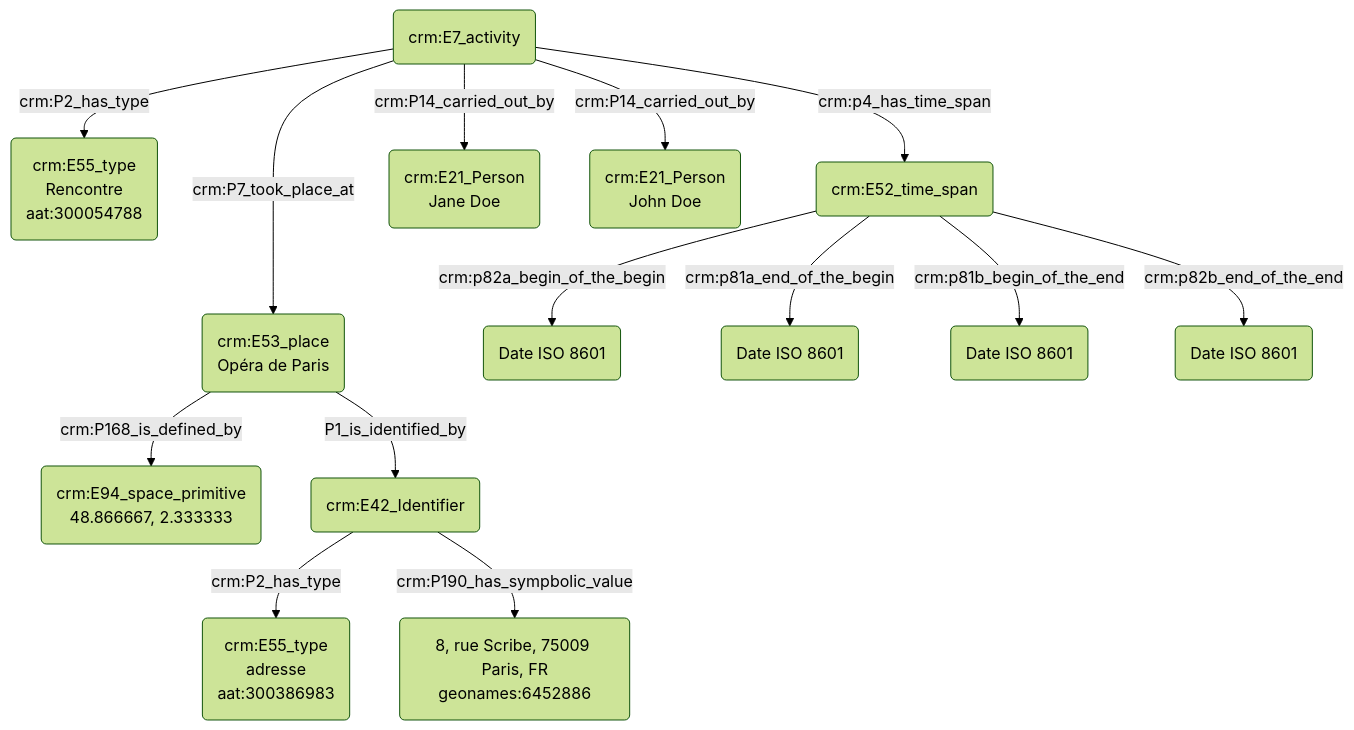
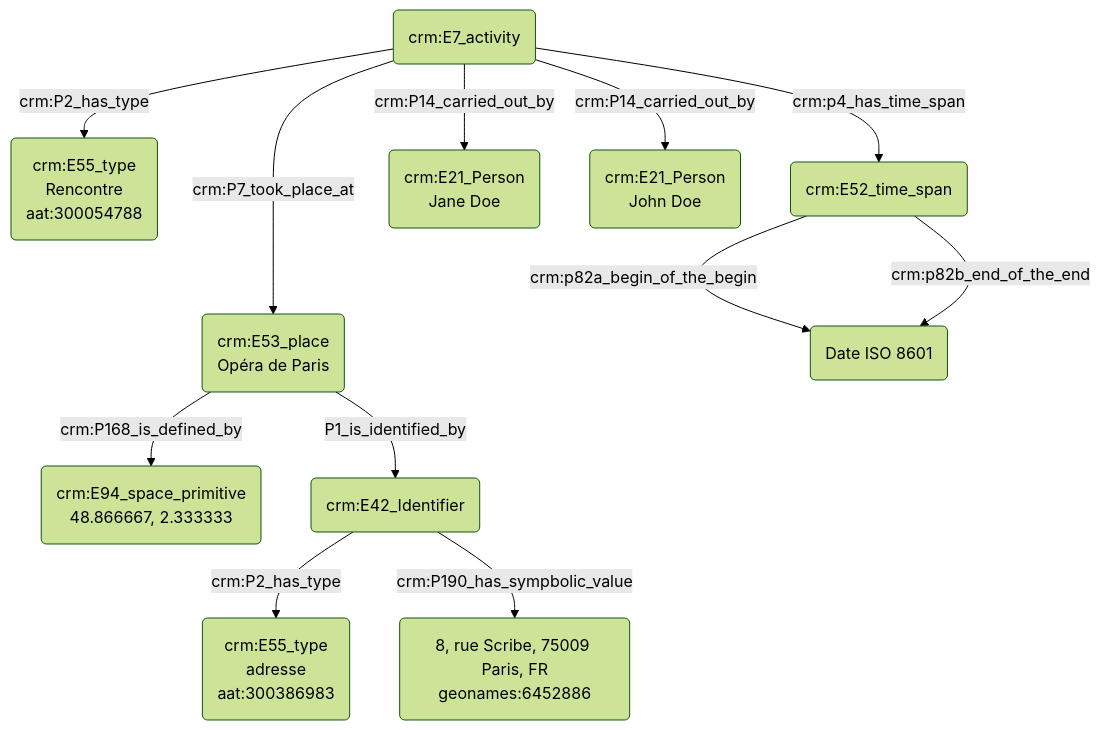
The diagram in modules/livrables/Dossier 2/Prosopographie/rencontre de quelqu'un dans un lieu fréquenté par les deux personnes.md (Amleth/consortium-musica2-gt2-ontologies), drawn with Mermaid (forest theme) before and after one commit.

Commit message:
Update rencontre de quelqu'un dans un lieu fréquenté par les deux personnes.md

````diff
--- a/modules/livrables/Dossier 2/Prosopographie/rencontre de quelqu'un dans un lieu fréquenté par les deux personnes.md
+++ b/modules/livrables/Dossier 2/Prosopographie/rencontre de quelqu'un dans un lieu fréquenté par les deux personnes.md
@@ -11,21 +11,19 @@
 ```mermaid
 graph TD;
 
 K(crm:E7_activity<br>rencontre) --->|crm:P7_took_place_at| M(crm:E53_place<br>Opéra de Paris)
 M(crm:E53_place<br>Opéra de Paris) --> |crm:P168_is_defined_by| N(crm:E94_space_primitive
 48.866667, 2.333333)
 M(crm:E53_place<br>Opéra de Paris) --> |P1_is_identified_by| O(crm:E42_Identifier)
 O(crm:E42_Identifier) --> |crm:P2_has_type| P(crm:E55_type<br>adresse<br>aat:300386983)
 O(crm:E42_Identifier) --> |crm:P190_has_sympbolic_value| Q(8, rue Scribe, 75009 Paris, FR<br>geonames:6452886)
 K(crm:E7_activity<br>recontre) --> |crm:P2_has_type| L(crm:E55_type<br>Rencontre<br>aat:300054788)
  
 K(crm:E7_activity) --> |crm:p4_has_time_span| D(crm:E52_time_span)
 D(crm:E52_time_span) --> |crm:p82a_begin_of_the_begin| E("Date ISO 8601")
-D(crm:E52_time_span) --> |crm:p81a_end_of_the_begin| F("Date ISO 8601")
-D(crm:E52_time_span) --> |crm:p81b_begin_of_the_end|G("Date ISO 8601")
-D(crm:E52_time_span) --> |crm:p82b_end_of_the_end| H("Date ISO 8601")
+D(crm:E52_time_span) --> |crm:p82b_end_of_the_end| E("Date ISO 8601")
 
 K(crm:E7_activity) -->|crm:P14_carried_out_by| A(crm:E21_Person<br>Jane Doe)
 K(crm:E7_activity) -->|crm:P14_carried_out_by| J(crm:E21_Person<br>John Doe)
 
 ```
````
